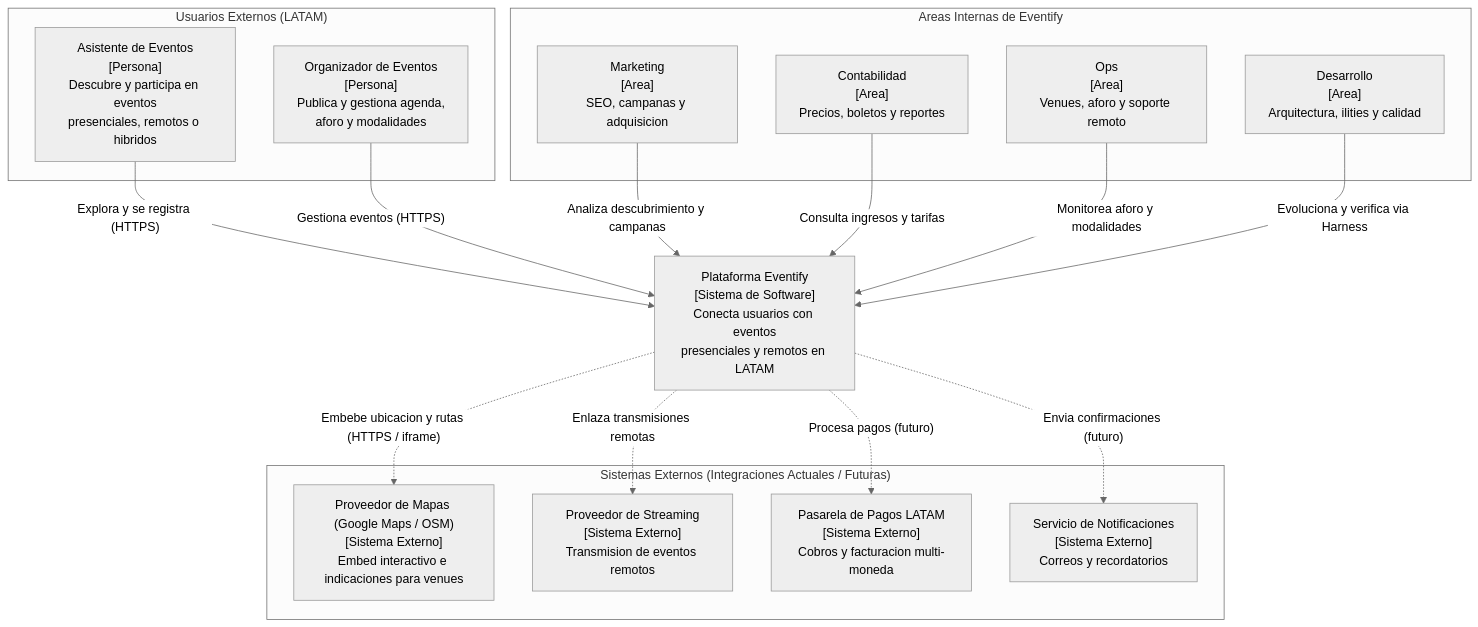
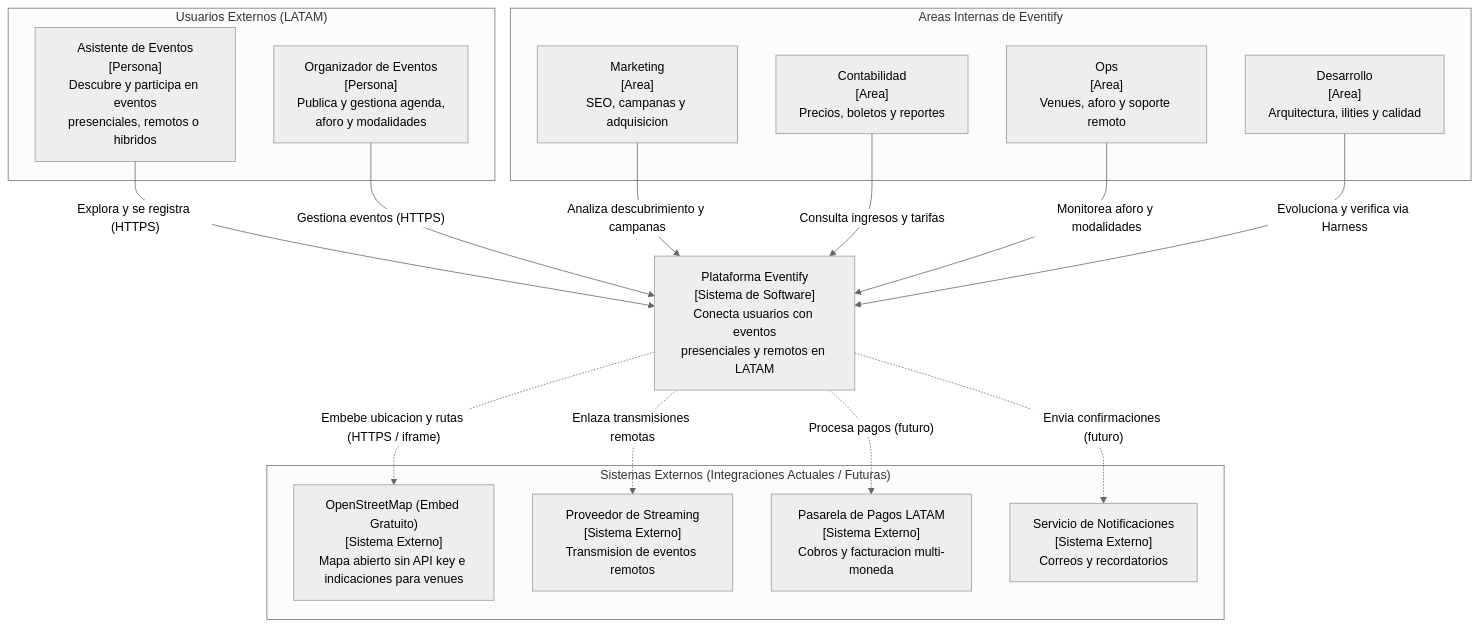
Before and after one commit to dezkareid/eventify: the first of 3 diagrams in docs/architecture/c4-model.md, drawn with Mermaid (neutral theme). The commit also changed other lines of this file and 15 other files, not shown here.

Commit message:
feat(web): add event detail page with free OpenStreetMap embed and session token tracker hook

````diff
--- a/docs/architecture/c4-model.md
+++ b/docs/architecture/c4-model.md
@@ -11,35 +11,35 @@
 ```mermaid
 flowchart TB
     subgraph Personas["Usuarios Externos (LATAM)"]
         Asistente["Asistente de Eventos\n[Persona]\nDescubre y participa en eventos\npresenciales, remotos o hibridos"]
         Organizador["Organizador de Eventos\n[Persona]\nPublica y gestiona agenda,\naforo y modalidades"]
     end
 
     subgraph Areas["Areas Internas de Eventify"]
         Marketing["Marketing\n[Area]\nSEO, campanas y adquisicion"]
         Contabilidad["Contabilidad\n[Area]\nPrecios, boletos y reportes"]
         Ops["Ops\n[Area]\nVenues, aforo y soporte remoto"]
         Desarrollo["Desarrollo\n[Area]\nArquitectura, ilities y calidad"]
     end
 
     Eventify["Plataforma Eventify\n[Sistema de Software]\nConecta usuarios con eventos\npresenciales y remotos en LATAM"]
 
     subgraph Externos["Sistemas Externos (Integraciones Actuales / Futuras)"]
-        Maps["Proveedor de Mapas (Google Maps / OSM)\n[Sistema Externo]\nEmbed interactivo e indicaciones para venues"]
+        Maps["OpenStreetMap (Embed Gratuito)\n[Sistema Externo]\nMapa abierto sin API key e indicaciones para venues"]
         Streaming["Proveedor de Streaming\n[Sistema Externo]\nTransmision de eventos remotos"]
         Pagos["Pasarela de Pagos LATAM\n[Sistema Externo]\nCobros y facturacion multi-moneda"]
         Notif["Servicio de Notificaciones\n[Sistema Externo]\nCorreos y recordatorios"]
     end
 
     Asistente -- "Explora y se registra (HTTPS)" --> Eventify
     Organizador -- "Gestiona eventos (HTTPS)" --> Eventify
     Marketing -- "Analiza descubrimiento y campanas" --> Eventify
     Contabilidad -- "Consulta ingresos y tarifas" --> Eventify
     Ops -- "Monitorea aforo y modalidades" --> Eventify
     Desarrollo -- "Evoluciona y verifica via Harness" --> Eventify
 
     Eventify -. "Embebe ubicacion y rutas (HTTPS / iframe)" .-> Maps
     Eventify -. "Enlaza transmisiones remotas" .-> Streaming
     Eventify -. "Procesa pagos (futuro)" .-> Pagos
     Eventify -. "Envia confirmaciones (futuro)" .-> Notif
 ```
````
